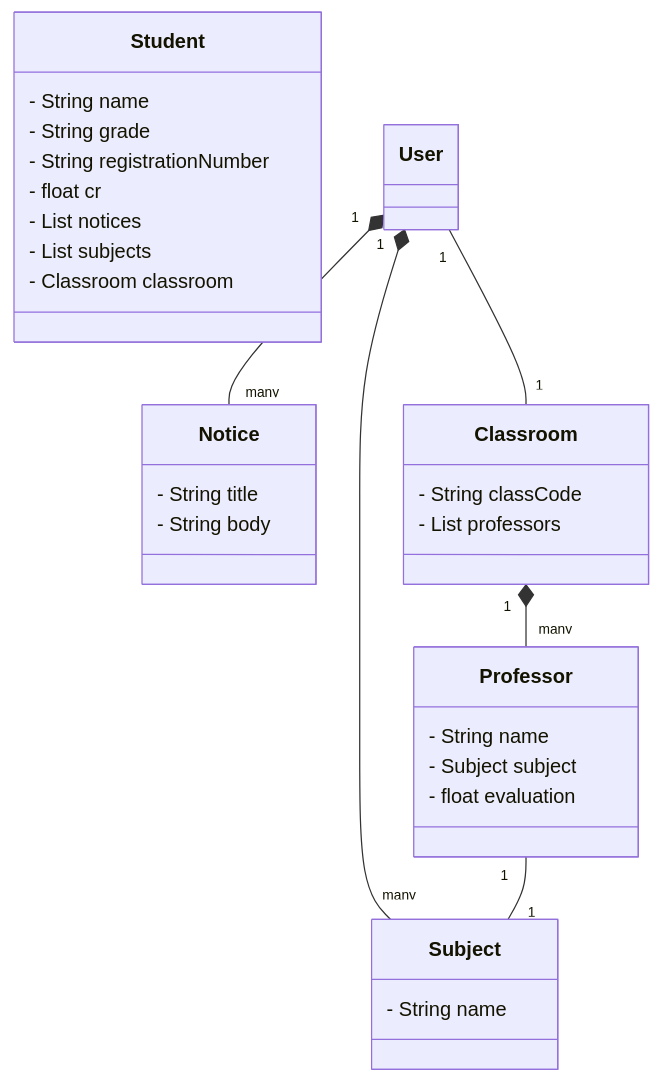
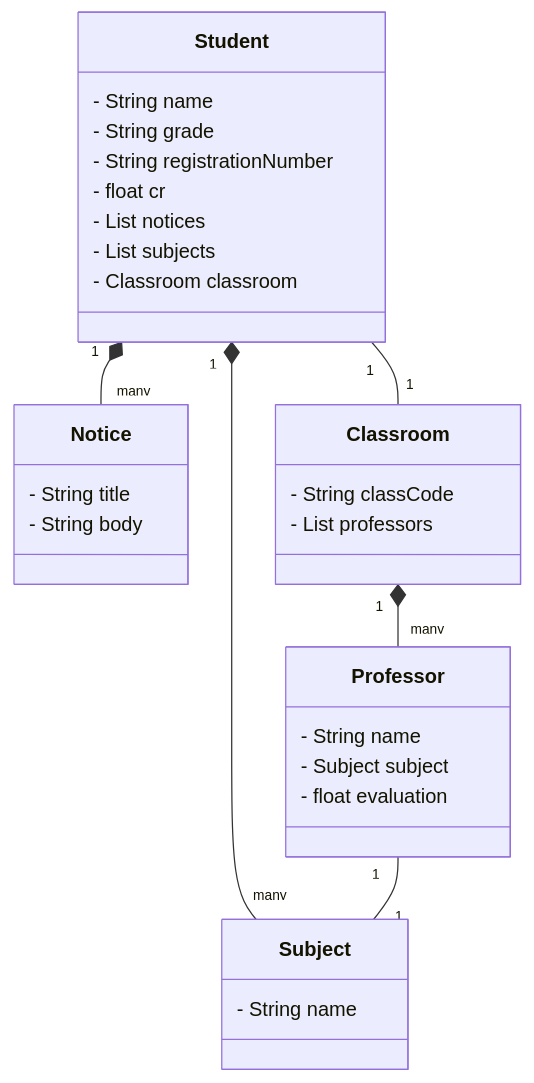
One commit to patrickmartx/school_system changed the diagram in README.md. Above: the diagram before and after it, drawn with Mermaid.

````diff
--- a/README.md
+++ b/README.md
@@ -14,39 +14,39 @@
 ```mermaid
 classDiagram
     class Student {
       - String name
       - String grade
       - String registrationNumber
       - float cr
       - List<Notice> notices
       - List<Subject> subjects
       - Classroom classroom
     }
 
     class Notice {
       - String title
       - String body
     }
 
     class Subject {
       - String name
     }
 
     class Classroom {
       - String classCode
       - List<Professor> professors
     }
 
     class Professor {
       - String name
       - Subject subject
       - float evaluation
     }
 
-    User "1" *-- "many" Notice
-    User "1" *-- "many" Subject
-    User "1" -- "1" Classroom
+    Student "1" *-- "many" Notice
+    Student "1" *-- "many" Subject
+    Student "1" -- "1" Classroom
     Classroom "1" *-- "many" Professor
     Professor "1" -- "1" Subject
 
 ```
````
